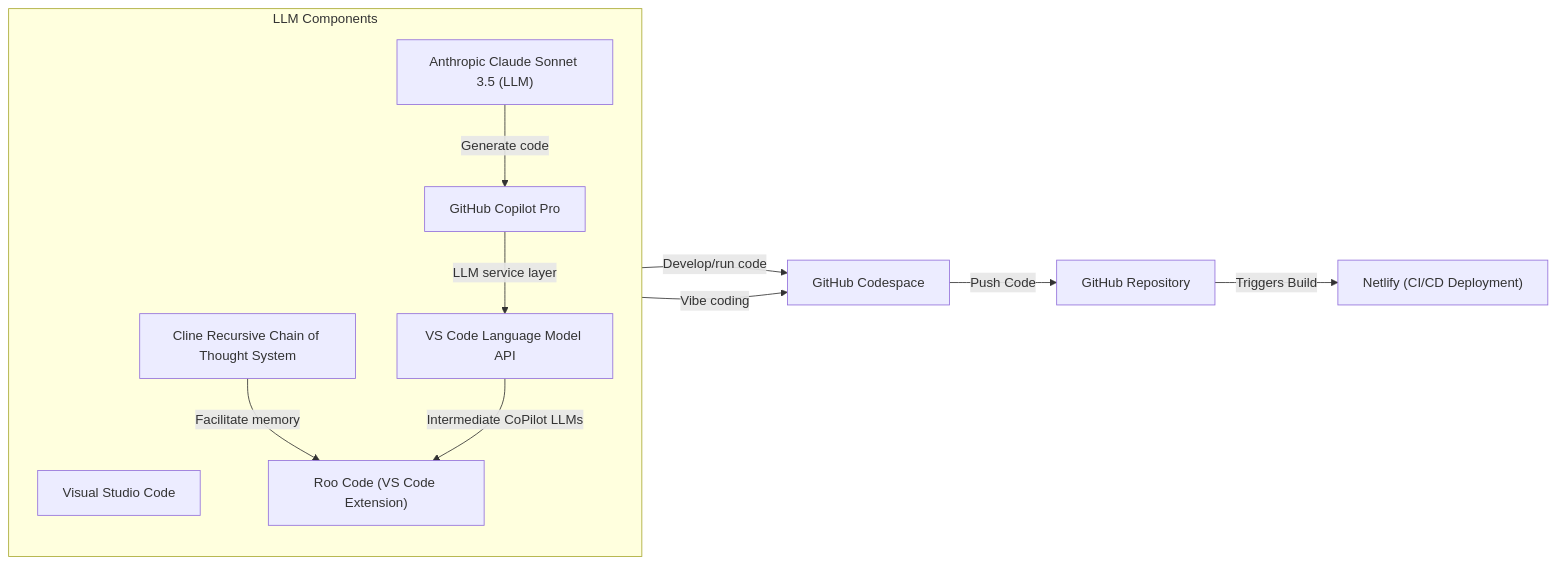
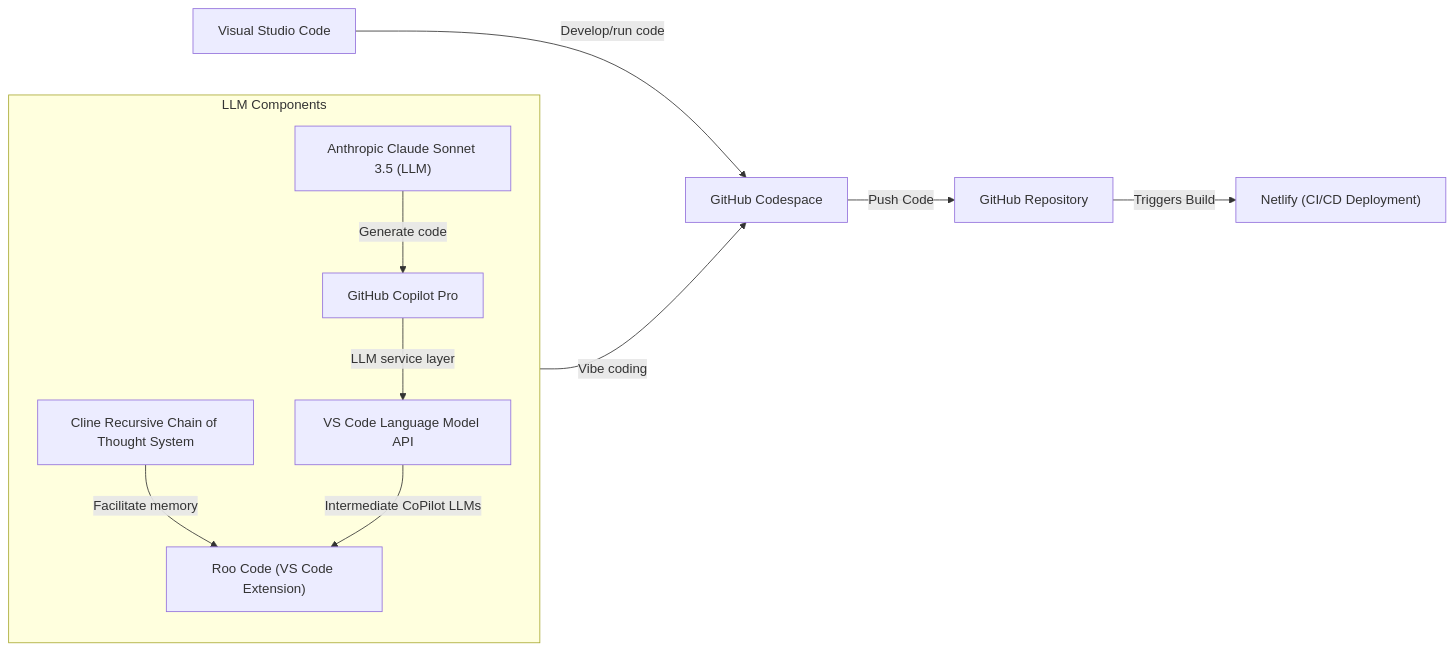
One commit to RickRinewalt/pipeline changed the second of 2 diagrams in README.md. Above: the diagram before and after it, drawn with Mermaid.

````diff
--- a/README.md
+++ b/README.md
@@ -39,25 +39,25 @@
 ```mermaid
 graph LR
+    vscode[Visual Studio Code]
     codespace[GitHub Codespace]
     github["GitHub Repository"]
     netlify["Netlify (CI/CD Deployment)"]
 
     subgraph LLM_TB [LLM Components]
       direction TB
-      vscode[Visual Studio Code]
       roo["Roo Code (VS Code Extension)"]
       crct["Cline Recursive Chain of Thought System"]
       vscode_lmapi[VS Code Language Model API]
       github_copilot[GitHub Copilot Pro]
       sonnet["Anthropic Claude Sonnet 3.5 (LLM)"]
     end
 
     github --> |Triggers Build| netlify
     codespace --> |Push Code| github
     vscode --> |Develop/run code| codespace
     roo --> |Vibe coding| codespace
     crct --> |Facilitate memory| roo
     vscode_lmapi --> |Intermediate CoPilot LLMs| roo
     github_copilot --> |LLM service layer| vscode_lmapi
     sonnet --> |Generate code| github_copilot
 ```
````
